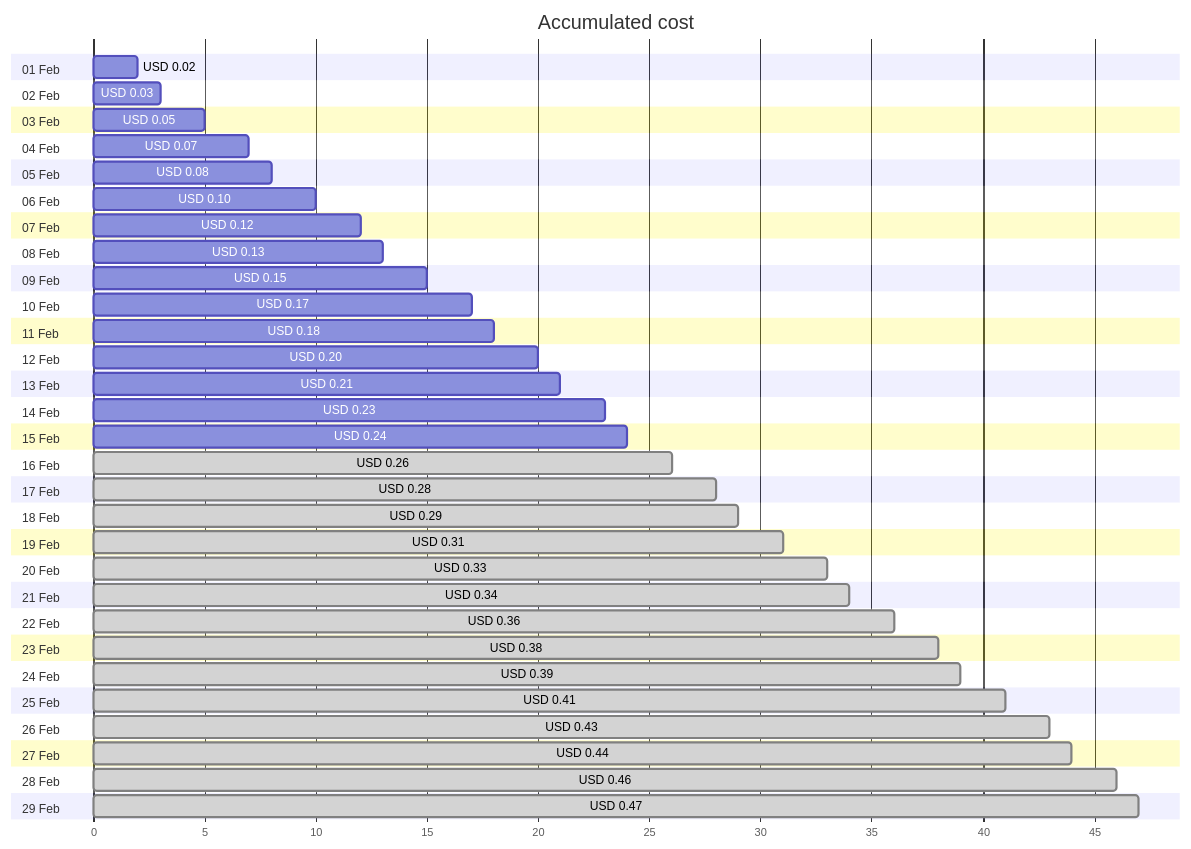
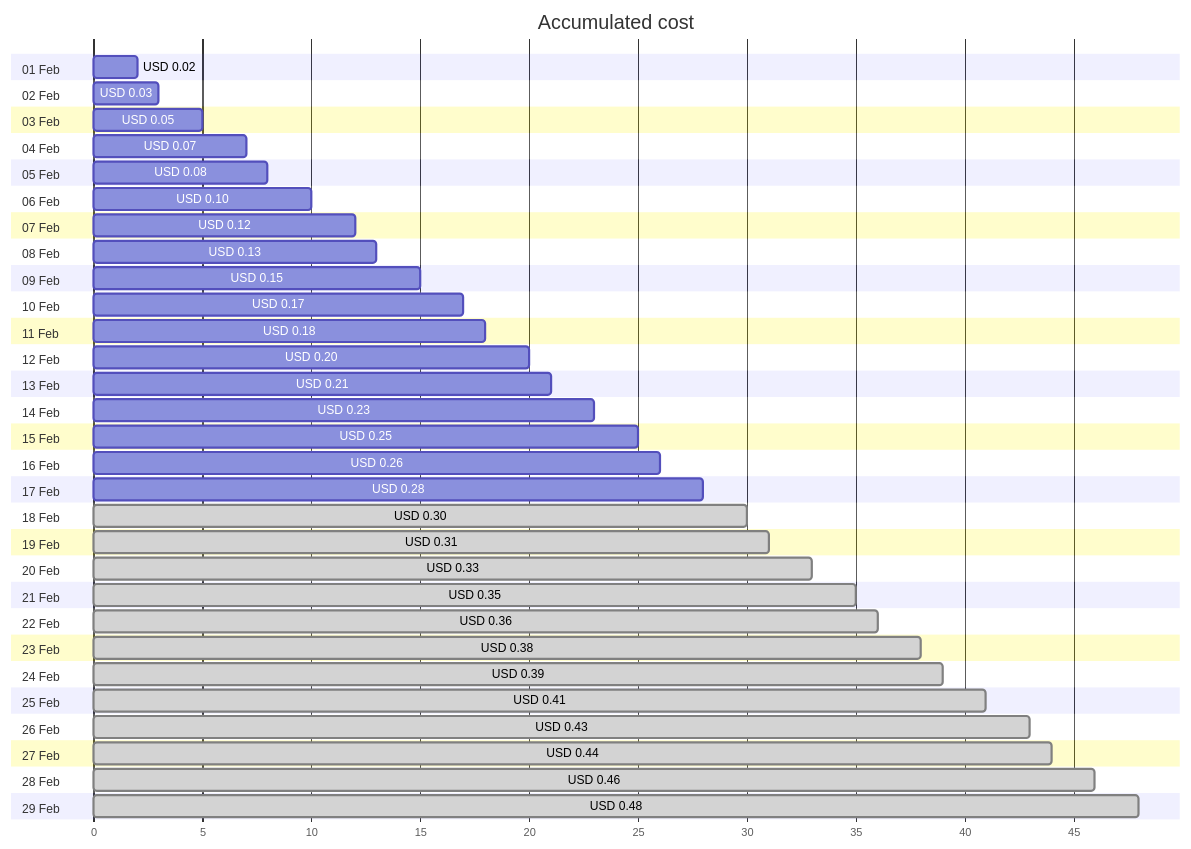
The first of 4 diagrams in cost-reports/personal-dns/jpatrickfulton.dev.md (jpfulton/azure-personal-reports), drawn with Mermaid before and after one commit. The commit also changed other lines of this file and 2 other files, not shown here.

````diff
--- a/cost-reports/personal-dns/jpatrickfulton.dev.md
+++ b/cost-reports/personal-dns/jpatrickfulton.dev.md
@@ -20,64 +20,64 @@
 ```mermaid
 gantt
    title Accumulated cost
    dateFormat  X
    axisFormat %s
    section 01 Feb
    USD 0.02 :0, 2
    section 02 Feb
    USD 0.03 :0, 3
    section 03 Feb
    USD 0.05 :0, 5
    section 04 Feb
    USD 0.07 :0, 7
    section 05 Feb
    USD 0.08 :0, 8
    section 06 Feb
    USD 0.10 :0, 10
    section 07 Feb
    USD 0.12 :0, 12
    section 08 Feb
    USD 0.13 :0, 13
    section 09 Feb
    USD 0.15 :0, 15
    section 10 Feb
    USD 0.17 :0, 17
    section 11 Feb
    USD 0.18 :0, 18
    section 12 Feb
    USD 0.20 :0, 20
    section 13 Feb
    USD 0.21 :0, 21
    section 14 Feb
    USD 0.23 :0, 23
    section 15 Feb
-   USD 0.24 :0, 24
+   USD 0.25 :0, 25
    section 16 Feb
-   USD 0.26 : done, 0, 26
+   USD 0.26 :0, 26
    section 17 Feb
-   USD 0.28 : done, 0, 28
+   USD 0.28 :0, 28
    section 18 Feb
-   USD 0.29 : done, 0, 29
+   USD 0.30 : done, 0, 30
    section 19 Feb
    USD 0.31 : done, 0, 31
    section 20 Feb
    USD 0.33 : done, 0, 33
    section 21 Feb
-   USD 0.34 : done, 0, 34
+   USD 0.35 : done, 0, 35
    section 22 Feb
    USD 0.36 : done, 0, 36
    section 23 Feb
    USD 0.38 : done, 0, 38
    section 24 Feb
    USD 0.39 : done, 0, 39
    section 25 Feb
    USD 0.41 : done, 0, 41
    section 26 Feb
    USD 0.43 : done, 0, 43
    section 27 Feb
    USD 0.44 : done, 0, 44
    section 28 Feb
    USD 0.46 : done, 0, 46
    section 29 Feb
-   USD 0.47 : done, 0, 47
+   USD 0.48 : done, 0, 48
 ```
````
